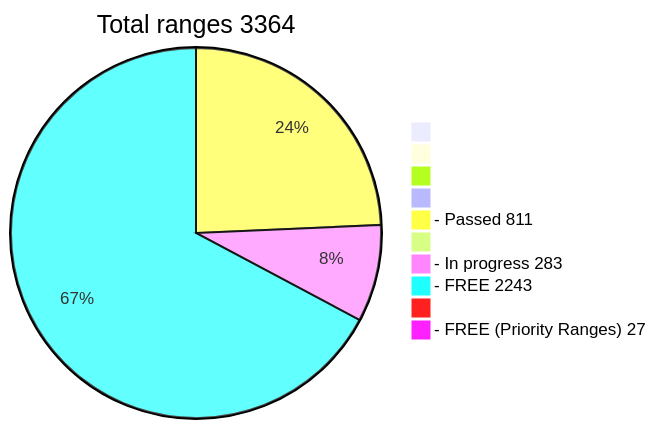
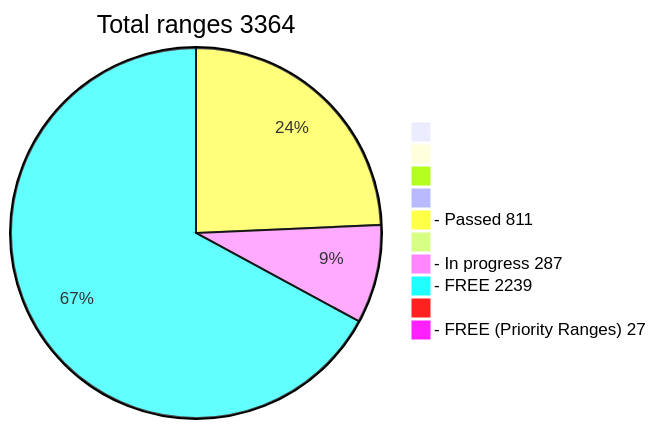
Before and after one commit to phrutis/wif500: the diagram in README.md, drawn with Mermaid.

````diff
--- a/README.md
+++ b/README.md
@@ -16,13 +16,13 @@
 ```mermaid
 pie title Total ranges 3364
              " " : 0
             "  " : 0
            "   " : 0
           "    " : 0
   "- Passed 811" : 811
          "     " : 0
-  "- In progress 283" : 283
-   "- FREE 2243" : 2243
+  "- In progress 287" : 287
+   "- FREE 2239" : 2239
         "      " : 0
   "- FREE (Priority Ranges) 27" : 27
 ```
````
